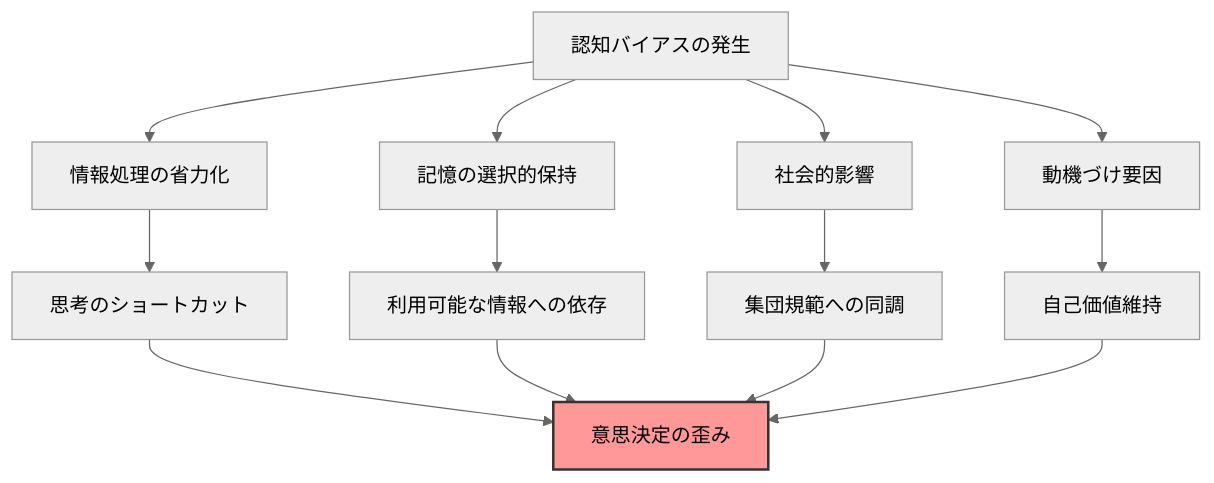
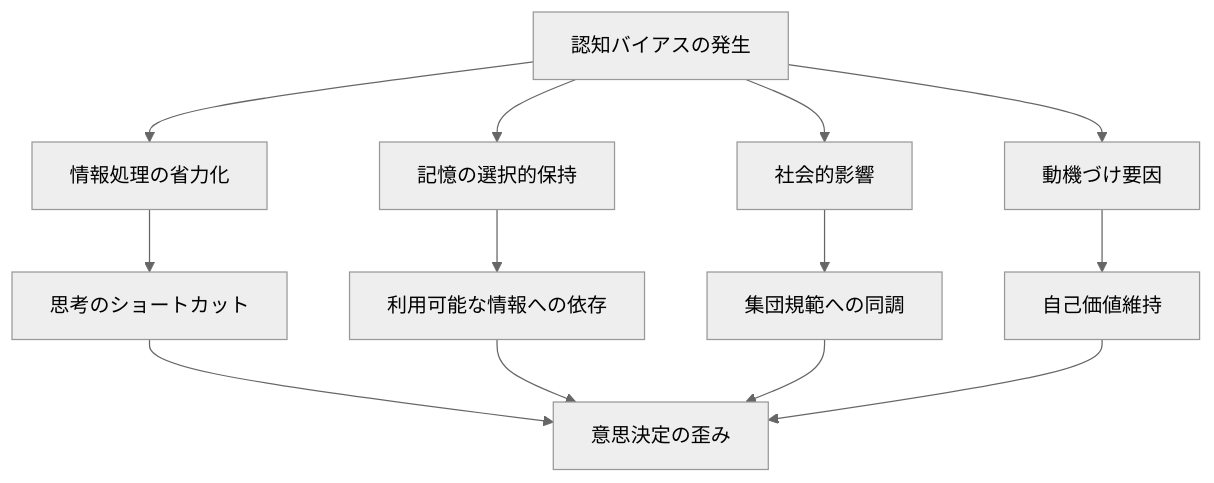
One commit to shuji-bonji/Situational-Awareness-and-Decision-Making changed the first of 4 diagrams in docs/decision-making-guide/cognitive-biases.md. Above: the diagram before and after it, drawn with Mermaid (neutral theme). The commit also changed other lines of this file and 49 other files, not shown here.

Commit message:
fix: ダークモードで見づらい図の色の変更

````diff
--- a/docs/decision-making-guide/cognitive-biases.md
+++ b/docs/decision-making-guide/cognitive-biases.md
@@ -16,19 +16,19 @@
 ```mermaid
 graph TD
     A[認知バイアスの発生] --> B[情報処理の省力化]
     A --> C[記憶の選択的保持]
     A --> D[社会的影響]
     A --> E[動機づけ要因]
     
     B --> F[思考のショートカット]
     C --> G[利用可能な情報への依存]
     D --> H[集団規範への同調]
     E --> I[自己価値維持]
     
     F --> J[意思決定の歪み]
     G --> J
     H --> J
     I --> J
     
-    style J fill:#ff9999,stroke:#333,stroke-width:2px
+
 ```
````
